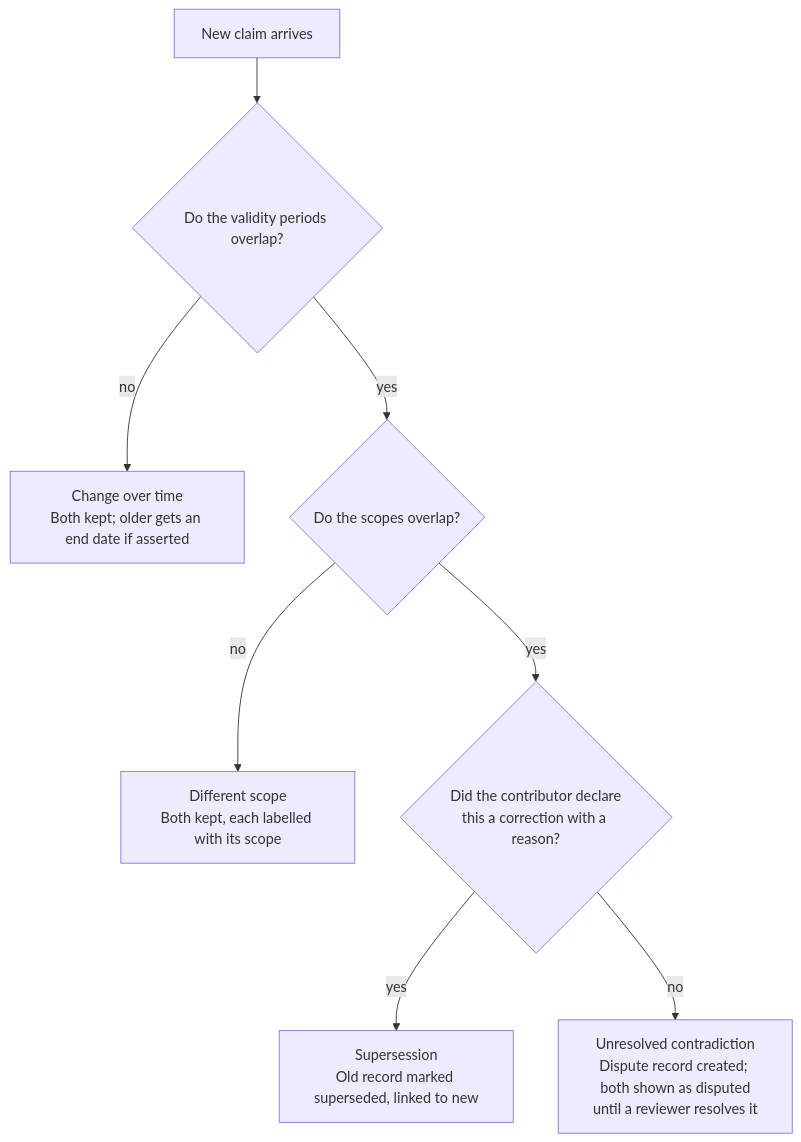
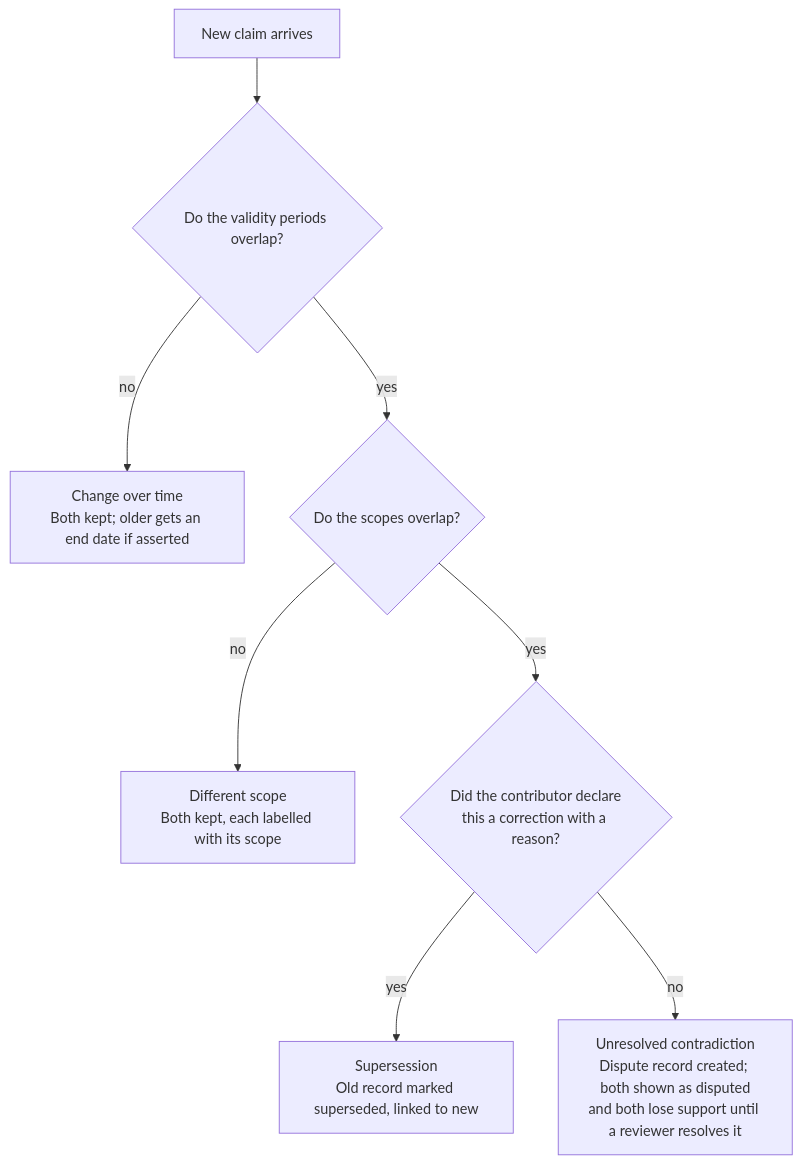
One commit to rztaylor/Froodbase changed the sixth of 9 diagrams in docs/planning/05-how-froodbase-works.md. Above: the diagram before and after it, drawn with Mermaid. The commit also changed other lines of this file and 14 other files, not shown here.

````diff
--- a/docs/planning/05-how-froodbase-works.md
+++ b/docs/planning/05-how-froodbase-works.md
@@ -241,10 +250,10 @@
 ```mermaid
 flowchart TD
     N["New claim arrives"] --> T{"Do the validity periods overlap?"}
     T -- no --> CT["Change over time<br/>Both kept; older gets an end date if asserted"]
     T -- yes --> S{"Do the scopes overlap?"}
     S -- no --> DS["Different scope<br/>Both kept, each labelled with its scope"]
     S -- yes --> C{"Did the contributor declare<br/>this a correction with a reason?"}
     C -- yes --> SUP["Supersession<br/>Old record marked superseded, linked to new"]
-    C -- no --> D["Unresolved contradiction<br/>Dispute record created; both shown as disputed<br/>until a reviewer resolves it"]
+    C -- no --> D["Unresolved contradiction<br/>Dispute record created; both shown as disputed<br/>and both lose support until a reviewer resolves it"]
 ```
````
